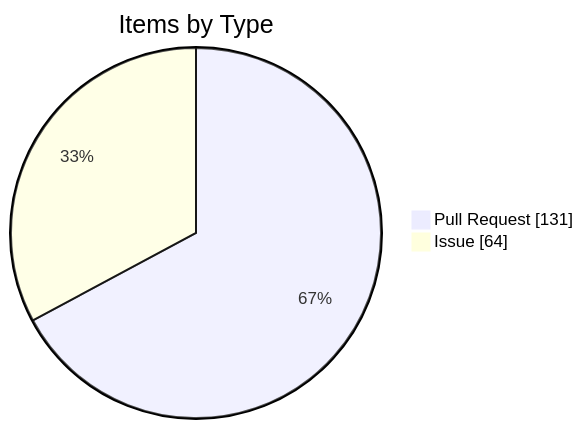
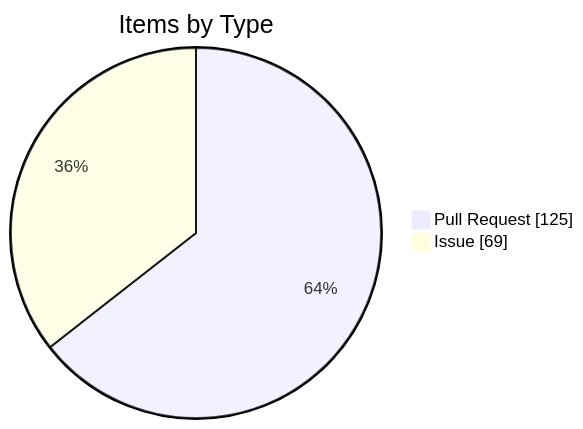
Before and after one commit to KBVE/kbve: the fourth of 4 diagrams in apps/kbve/astro-kbve/src/content/docs/dashboard/kanban-data.mdx, drawn with Mermaid. The commit also changed other lines of this file and 8 other files, not shown here.

````diff
--- a/apps/kbve/astro-kbve/src/content/docs/dashboard/kanban-data.mdx
+++ b/apps/kbve/astro-kbve/src/content/docs/dashboard/kanban-data.mdx
@@ -116,6 +116,6 @@
 ```mermaid
 pie showData
     title Items by Type
-    "Pull Request" : 131
-    "Issue" : 64
+    "Pull Request" : 125
+    "Issue" : 69
 ```
````
